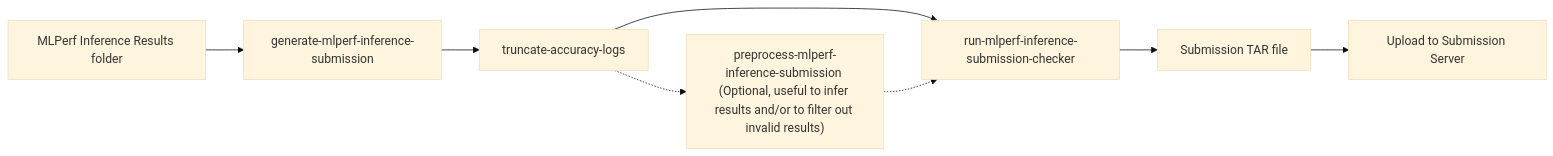
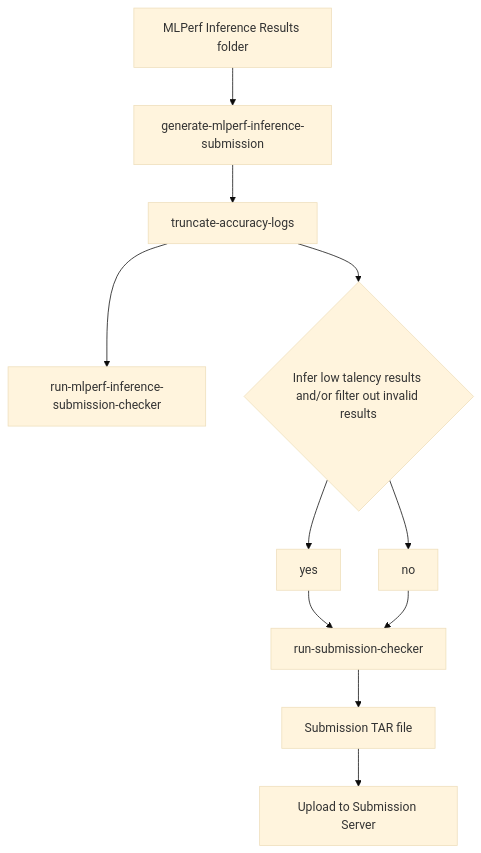
The first of 2 diagrams in docs/submission/index.md (GATEOverflow/inference), drawn with Mermaid (base theme) before and after one commit.

````diff
--- a/docs/submission/index.md
+++ b/docs/submission/index.md
@@ -13,10 +13,11 @@
 ```mermaid
-flowchart LR
+flowchart TB
     A[MLPerf Inference Results folder] --> B[generate-mlperf-inference-submission]
     B --> C[truncate-accuracy-logs]
     C --> D[run-mlperf-inference-submission-checker]
-    C -.-> E["preprocess-mlperf-inference-submission (Optional, useful to infer results and/or to filter out invalid results)"]
-    E -.-> D
-    D --> F[Submission TAR file]
-    F --> G[Upload to Submission Server]
+    C --> E{Infer low talency results and/or filter out invalid results}
+    E --> yes --> F[preprocess-mlperf-inference-submission]
+    E --> no --> F[run-submission-checker]
+    F --> G[Submission TAR file]
+    G --> H[Upload to Submission Server]
 ```
````
